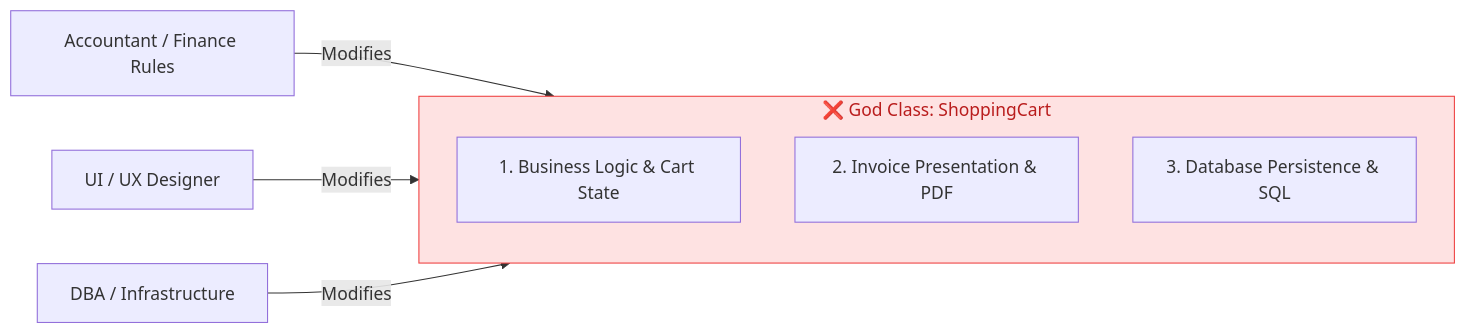
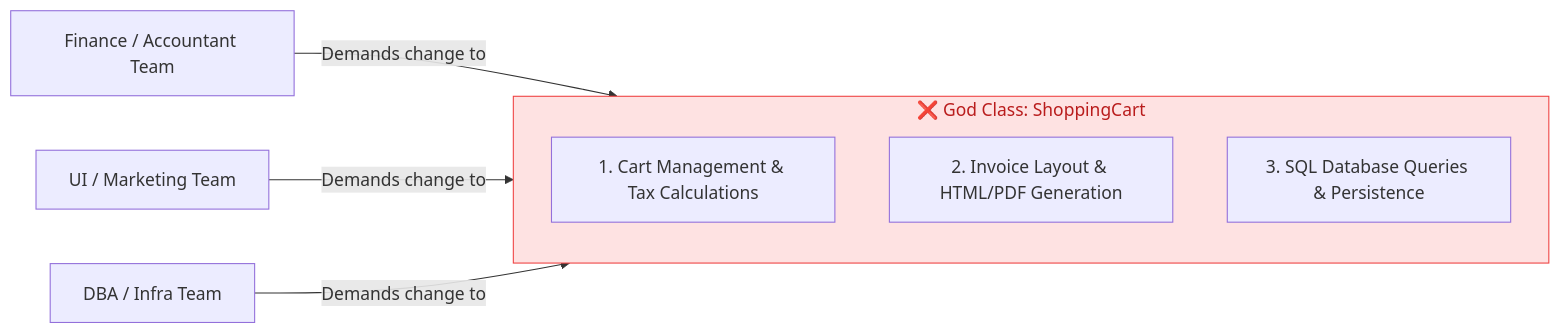
One commit to rohithgowda18/Notes changed the second of 4 diagrams in 04-OOPs-and-Design-Patterns/02-SOLID-Principles/05-SOLID-Design-Principles-Part-1.md. Above: the diagram before and after it, drawn with Mermaid. The commit also changed other lines of this file and 17 other files, not shown here.

Commit message:
docs(lld): enrich notes with deep architectural analysis, diagrams, anti-patterns & code

````diff
--- a/04-OOPs-and-Design-Patterns/02-SOLID-Principles/05-SOLID-Design-Principles-Part-1.md
+++ b/04-OOPs-and-Design-Patterns/02-SOLID-Principles/05-SOLID-Design-Principles-Part-1.md
@@ -59,15 +50,15 @@
 ```mermaid
 flowchart LR
     subgraph GodClass["❌ God Class: ShoppingCart"]
         direction TB
-        F1["1. Business Logic & Cart State"]
-        F2["2. Invoice Presentation & PDF"]
-        F3["3. Database Persistence & SQL"]
+        F1["1. Cart Management & Tax Calculations"]
+        F2["2. Invoice Layout & HTML/PDF Generation"]
+        F3["3. SQL Database Queries & Persistence"]
     end
 
-    C1["Accountant / Finance Rules"] -->|Modifies| F1
-    C2["UI / UX Designer"] -->|Modifies| F2
-    C3["DBA / Infrastructure"] -->|Modifies| F3
+    Actor1["Finance / Accountant Team"] -->|Demands change to| F1
+    Actor2["UI / Marketing Team"] -->|Demands change to| F2
+    Actor3["DBA / Infra Team"] -->|Demands change to| F3
 
     style GodClass fill:#fee2e2,stroke:#ef4444,color:#b91c1c
 ```
````
